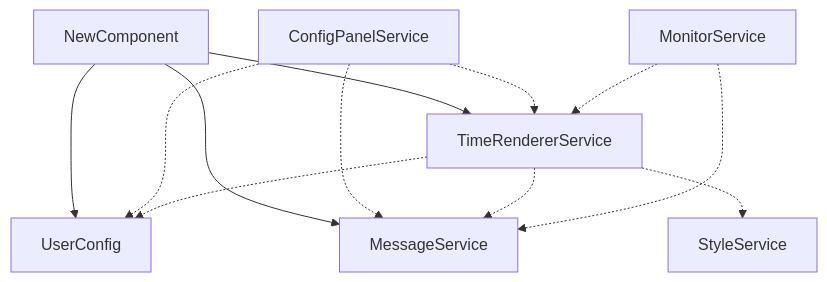
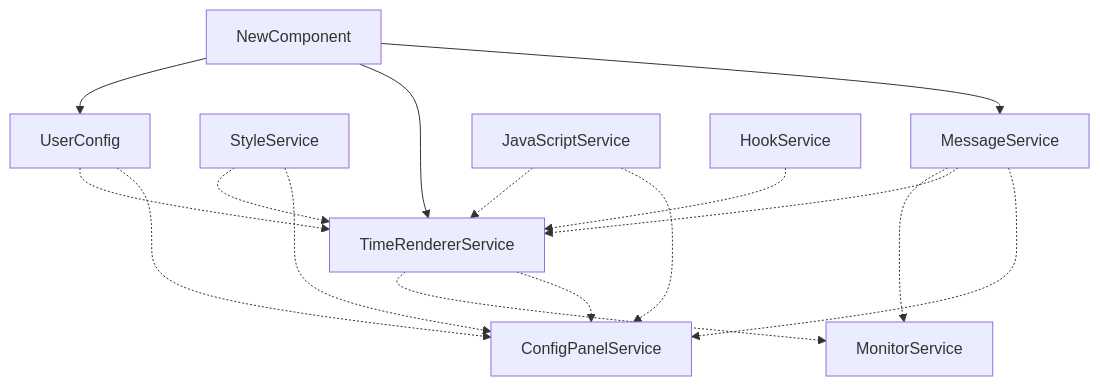
The second of 2 diagrams in README.md (jiang-taibai/chatgpt-with-date), drawn with Mermaid before and after one commit. The commit also changed other lines of this file and 1 other file, not shown here.

````diff
--- a/README.md
+++ b/README.md
@@ -313,21 +536,28 @@
 ```mermaid
 graph TD
+;
+    UserConfig -.-> TimeRendererService;
+    UserConfig -.-> ConfigPanelService;
+    StyleService -.-> TimeRendererService;
+    StyleService -.-> ConfigPanelService;
+    MessageService -.-> MonitorService;
+    MessageService -.-> TimeRendererService;
+    MessageService -.-> ConfigPanelService;
+    TimeRendererService -.-> MonitorService;
+    TimeRendererService -.-> ConfigPanelService;
+    JavaScriptService -.-> TimeRendererService;
+    JavaScriptService -.-> ConfigPanelService;
+    HookService -.-> TimeRendererService;
     UserConfig[UserConfig]
     StyleService[StyleService]
     MessageService[MessageService]
     MonitorService[MonitorService]
     TimeRendererService[TimeRendererService]
     ConfigPanelService[ConfigPanelService]
+    JavaScriptService[JavaScriptService]
+    HookService[HookService]
     NewComponent[NewComponent]
-    MonitorService -.-> MessageService
-    MonitorService -.-> TimeRendererService
-    TimeRendererService -.-> MessageService
-    TimeRendererService -.-> UserConfig
-    TimeRendererService -.-> StyleService
-    ConfigPanelService -.-> UserConfig
-    ConfigPanelService -.-> TimeRendererService
-    ConfigPanelService -.-> MessageService
     NewComponent --> UserConfig
     NewComponent --> TimeRendererService
     NewComponent --> MessageService
 ```
````
